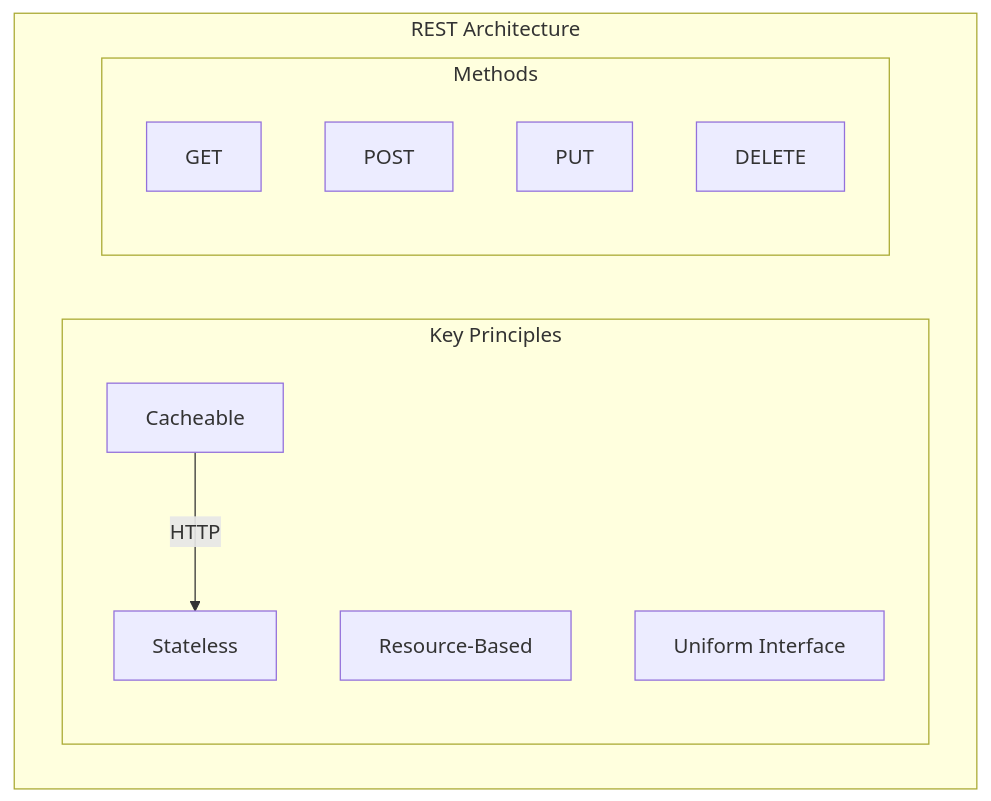
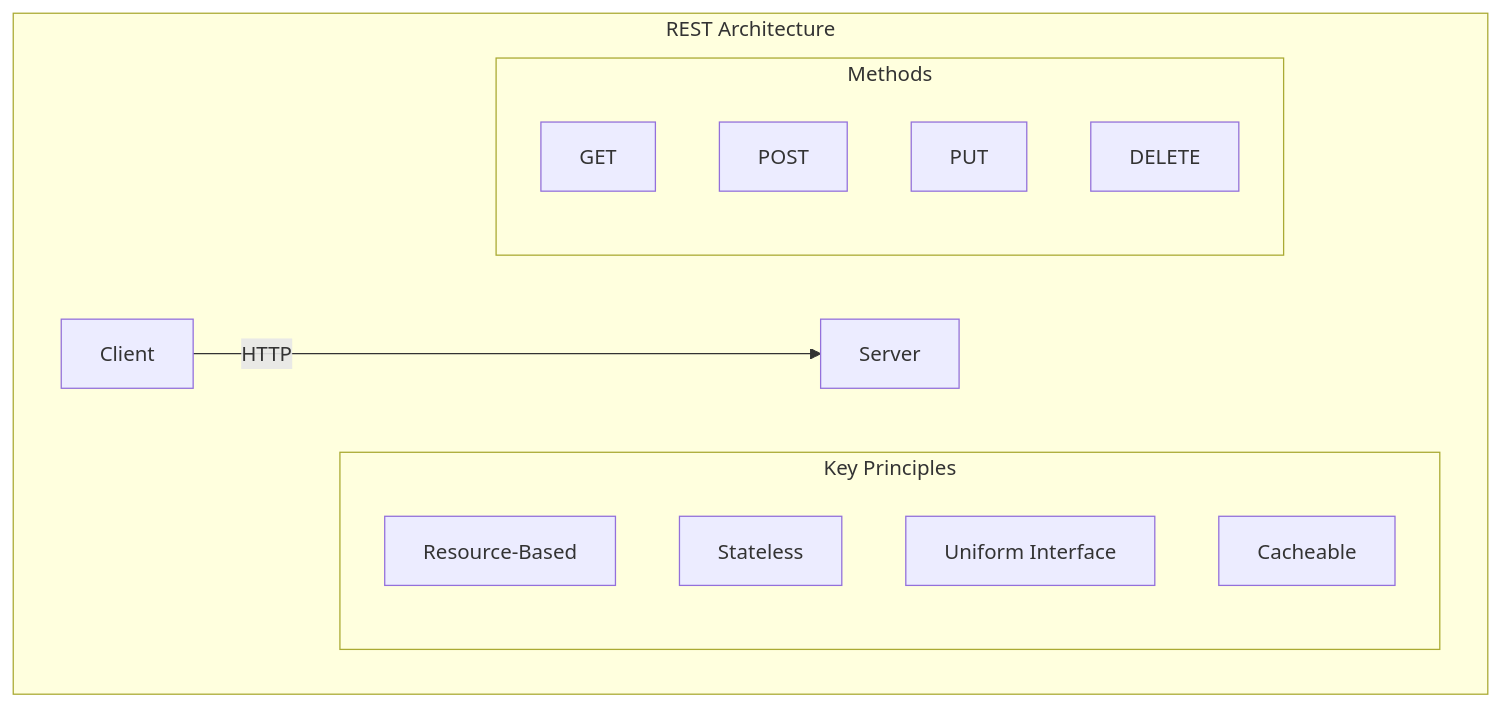
One commit to saravanakumarrc/Architecture_Journey changed the first of 7 diagrams in src/Network_and_Protocol_Design.md. Above: the diagram before and after it, drawn with Mermaid. The commit also changed other lines of this file and 4 other files, not shown here.

````diff
--- a/src/Network_and_Protocol_Design.md
+++ b/src/Network_and_Protocol_Design.md
@@ -34,20 +7,20 @@
 ```mermaid
 graph TB
     subgraph "REST Architecture"
         C[Client] --> |HTTP| S[Server]
         
         subgraph "Key Principles"
             R[Resource-Based]
-            S[Stateless]
+            ST[Stateless]
             U[Uniform Interface]
-            C[Cacheable]
+            CA[Cacheable]
         end
         
         subgraph "Methods"
             GET
             POST
             PUT
             DELETE
         end
     end
 ```
````
